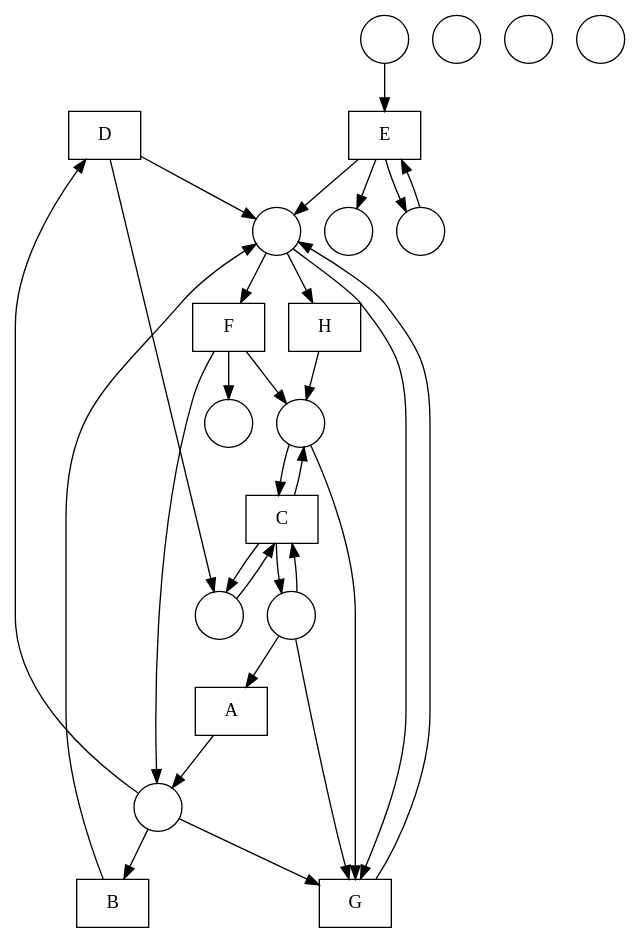
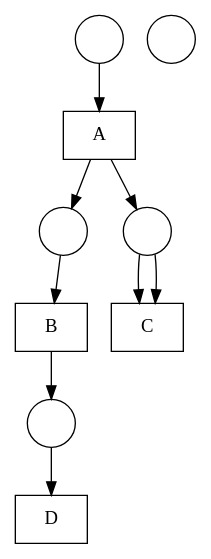
One commit to DWitek97/GeneticMiner changed the diagram in nets/Fittest net.gv. Above: the diagram before and after it, drawn with Graphviz. The commit also changed 6 other files, not shown here.

```diff
--- a/nets/Fittest net.gv
+++ b/nets/Fittest net.gv
@@ -1,53 +1,21 @@
 digraph "Fittest net" {
 	node [shape=box]
-	D [label=D]
-	E [label=E]
+	B [label=B]
 	C [label=C]
 	A [label=A]
-	H [label=H]
-	F [label=F]
-	B [label=B]
-	G [label=G]
+	D [label=D]
 	node [shape=circle]
 	1 [label=" "]
 	2 [label=" "]
 	3 [label=" "]
 	4 [label=" "]
 	5 [label=" "]
-	6 [label=" "]
-	7 [label=" "]
-	8 [label=" "]
-	9 [label=" "]
-	10 [label=" "]
-	11 [label=" "]
-	12 [label=" "]
-	2 -> D
-	D -> 6
-	D -> 5
-	3 -> E
-	4 -> E
-	E -> 7
-	E -> 5
-	E -> 4
-	8 -> C
-	1 -> C
-	6 -> C
-	C -> 6
-	C -> 1
-	C -> 8
-	1 -> A
-	A -> 2
-	5 -> H
-	H -> 8
-	5 -> F
-	F -> 2
-	F -> 8
-	F -> 9
 	2 -> B
 	B -> 5
-	5 -> G
-	2 -> G
-	1 -> G
-	8 -> G
-	G -> 5
+	4 -> C
+	4 -> C
+	1 -> A
+	A -> 4
+	A -> 2
+	5 -> D
 }
```
